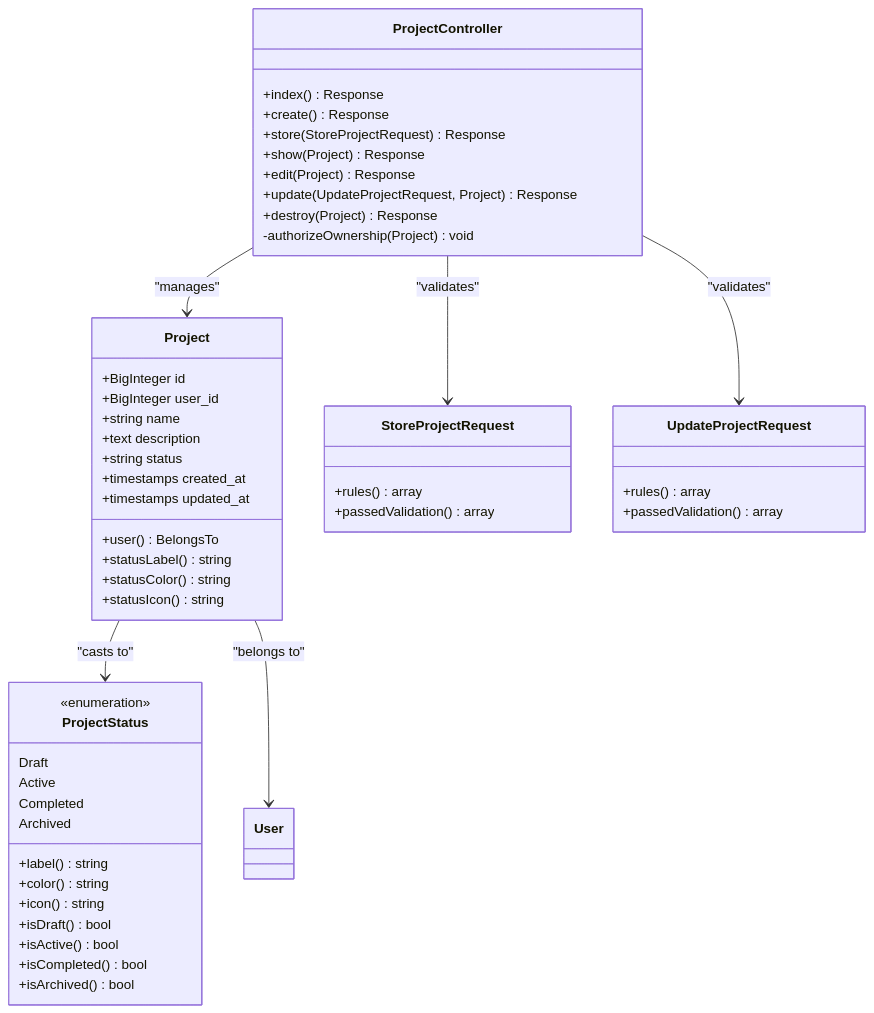
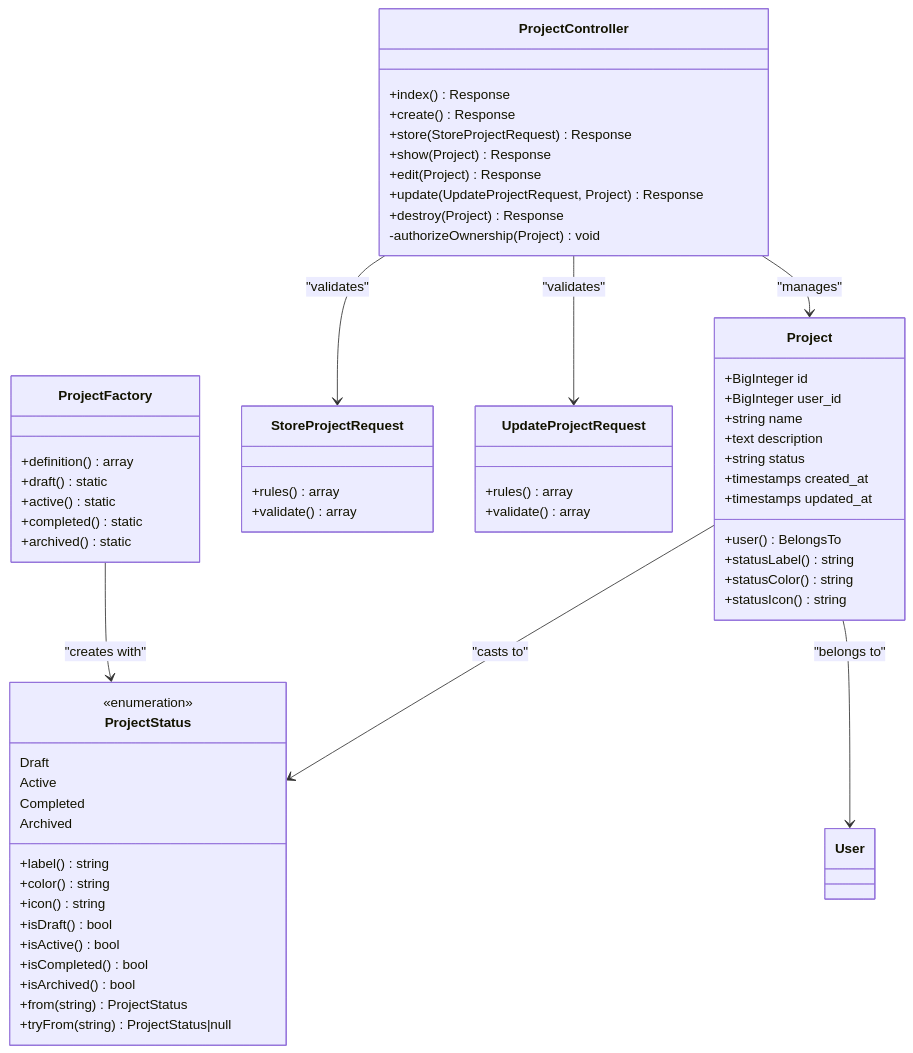
Before and after one commit to siimliimand/laravel-assistant: the second of 10 diagrams in .qoder/repowiki/en/content/Laravel Application Components/Project Management System.md, drawn with Mermaid. The commit also changed other lines of this file and 1 other file, not shown here.

First line of the commit message:
docs(project-management): update project management system documentation comprehensively

````diff
--- a/.qoder/repowiki/en/content/Laravel Application Components/Project Management System.md
+++ b/.qoder/repowiki/en/content/Laravel Application Components/Project Management System.md
@@ -105,53 +137,63 @@
 ```mermaid
 classDiagram
 class Project {
 +BigInteger id
 +BigInteger user_id
 +string name
 +text description
 +string status
 +timestamps created_at
 +timestamps updated_at
 +user() BelongsTo
 +statusLabel() string
 +statusColor() string
 +statusIcon() string
 }
 class ProjectStatus {
 <<enumeration>>
 Draft
 Active
 Completed
 Archived
 +label() string
 +color() string
 +icon() string
 +isDraft() bool
 +isActive() bool
 +isCompleted() bool
 +isArchived() bool
++from(string) ProjectStatus
++tryFrom(string) ProjectStatus|null
 }
 class ProjectController {
 +index() Response
 +create() Response
 +store(StoreProjectRequest) Response
 +show(Project) Response
 +edit(Project) Response
 +update(UpdateProjectRequest, Project) Response
 +destroy(Project) Response
 -authorizeOwnership(Project) void
 }
 class StoreProjectRequest {
 +rules() array
-+passedValidation() array
++validate() array
 }
 class UpdateProjectRequest {
 +rules() array
-+passedValidation() array
++validate() array
+}
+class ProjectFactory {
++definition() array
++draft() static
++active() static
++completed() static
++archived() static
 }
 Project --> ProjectStatus : "casts to"
 ProjectController --> Project : "manages"
 ProjectController --> StoreProjectRequest : "validates"
 ProjectController --> UpdateProjectRequest : "validates"
 Project --> User : "belongs to"
+ProjectFactory --> ProjectStatus : "creates with"
 ```
````
